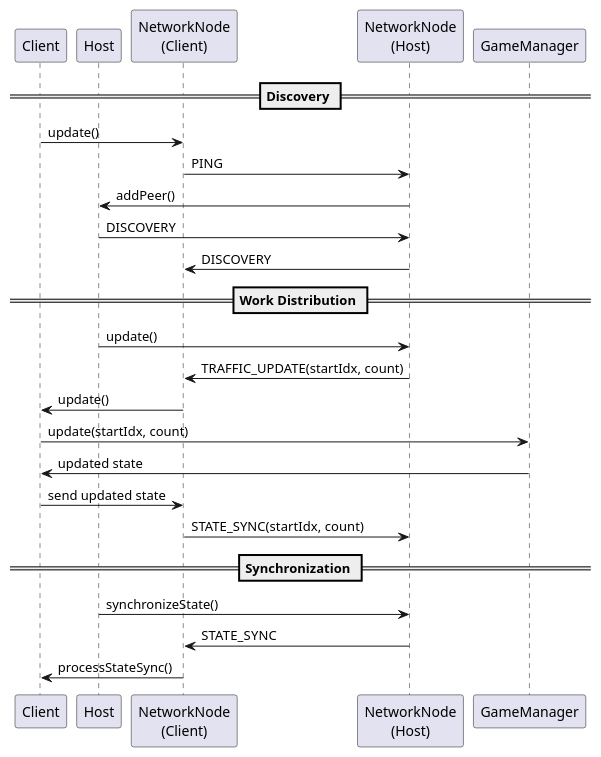
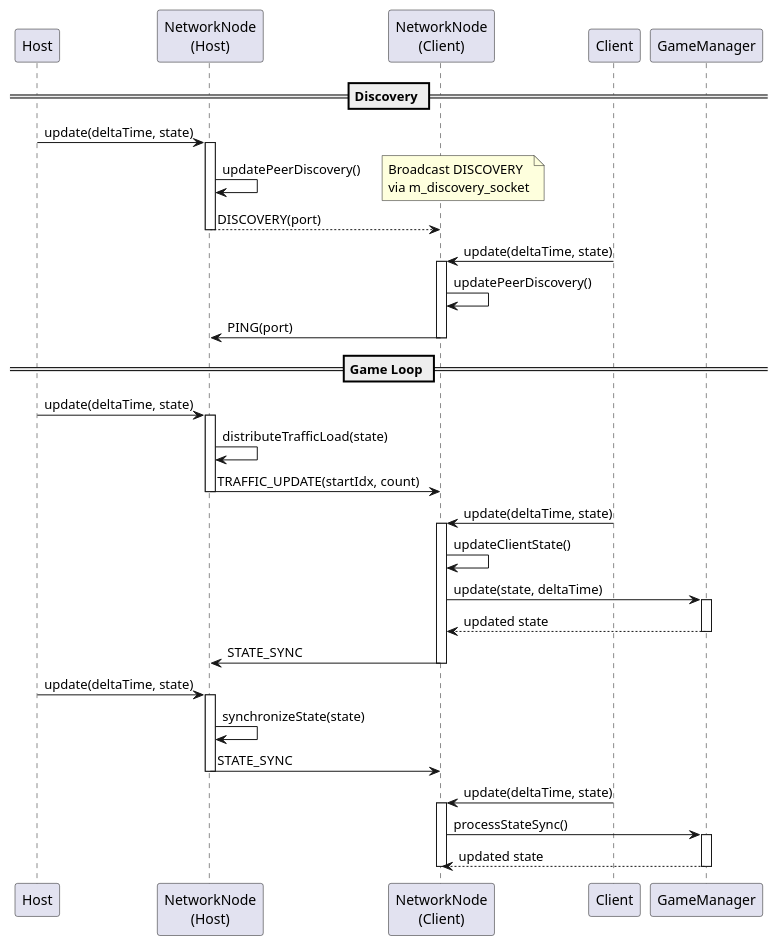
The diagram in Cpp/Peer2Peer/sequence.plantuml (Lecrapouille/BacASable), drawn with PlantUML before and after one commit. The commit also changed 2 other files, not shown here.

Commit message:
p2p: update sequence diag

```diff
--- a/Cpp/Peer2Peer/sequence.plantuml
+++ b/Cpp/Peer2Peer/sequence.plantuml
@@ -1,25 +1,52 @@
 @startuml
+participant Host
+participant "NetworkNode\n(Host)" as NodeH
+participant "NetworkNode\n(Client)" as NodeC
 participant Client
-participant Host
-participant "NetworkNode\n(Client)" as NodeC
-participant "NetworkNode\n(Host)" as NodeH
 participant GameManager
+
 == Discovery ==
-Client -> NodeC: update()
-NodeC -> NodeH: PING
-NodeH -> Host: addPeer()
-Host -> NodeH: DISCOVERY
-NodeC <- NodeH: DISCOVERY
-== Work Distribution ==
-Host -> NodeH: update()
+Host -> NodeH: update(deltaTime, state)
+activate NodeH
+NodeH -> NodeH: updatePeerDiscovery()
+note right: Broadcast DISCOVERY\nvia m_discovery_socket
+NodeH --> NodeC: DISCOVERY(port)
+deactivate NodeH
+
+Client -> NodeC: update(deltaTime, state)
+activate NodeC
+NodeC -> NodeC: updatePeerDiscovery()
+NodeC -> NodeH: PING(port)
+deactivate NodeC
+
+== Game Loop ==
+Host -> NodeH: update(deltaTime, state)
+activate NodeH
+NodeH -> NodeH: distributeTrafficLoad(state)
 NodeH -> NodeC: TRAFFIC_UPDATE(startIdx, count)
-NodeC -> Client: update()
-Client -> GameManager: update(startIdx, count)
-GameManager -> Client: updated state
-Client -> NodeC: send updated state
-NodeC -> NodeH: STATE_SYNC(startIdx, count)
-== Synchronization ==
-Host -> NodeH: synchronizeState()
+deactivate NodeH
+
+Client -> NodeC: update(deltaTime, state)
+activate NodeC
+NodeC -> NodeC: updateClientState()
+NodeC -> GameManager: update(state, deltaTime)
+activate GameManager
+GameManager --> NodeC: updated state
+deactivate GameManager
+NodeC -> NodeH: STATE_SYNC
+deactivate NodeC
+
+Host -> NodeH: update(deltaTime, state)
+activate NodeH
+NodeH -> NodeH: synchronizeState(state)
 NodeH -> NodeC: STATE_SYNC
-NodeC -> Client: processStateSync()
+deactivate NodeH
+
+Client -> NodeC: update(deltaTime, state)
+activate NodeC
+NodeC -> GameManager: processStateSync()
+activate GameManager
+GameManager --> NodeC: updated state
+deactivate GameManager
+deactivate NodeC
 @enduml
```
